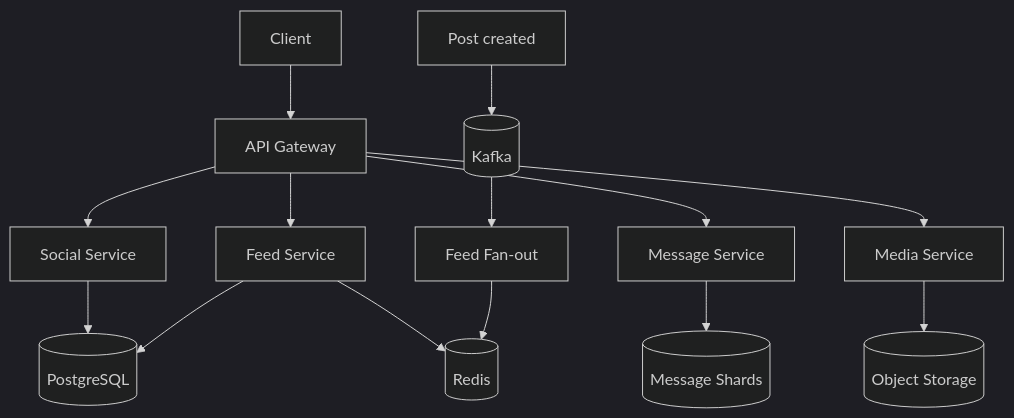
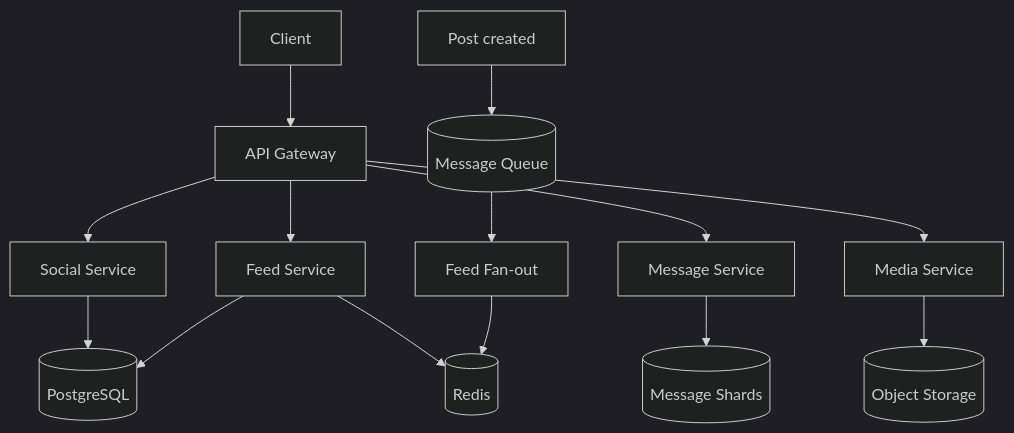
One commit to Mr-Radion/system-design-interview changed the first of 2 diagrams in examples/vk-social.md. Above: the diagram before and after it, drawn with Mermaid (dark theme). The commit also changed other lines of this file and 11 other files, not shown here.

````diff
--- a/examples/vk-social.md
+++ b/examples/vk-social.md
@@ -121,18 +121,18 @@
 ```mermaid
 flowchart TB
     Client --> GW["API Gateway"]
     GW --> Social[Social Service]
     GW --> Feed[Feed Service]
     GW --> Msg[Message Service]
     GW --> Media[Media Service]
 
     Social --> PG[("PostgreSQL")]
     Feed --> Cache[("Redis")]
     Feed --> PG
     Msg --> MsgStore[("Message Shards")]
     Media --> ObjStore[("Object Storage")]
 
-    PostEvent[Post created] --> Broker[("Kafka")]
-    Broker --> FeedWorker[Feed Fan-out]
+    PostEvent[Post created] --> MQ[("Message Queue")]
+    MQ --> FeedWorker[Feed Fan-out]
     FeedWorker --> Cache
 ```
````
